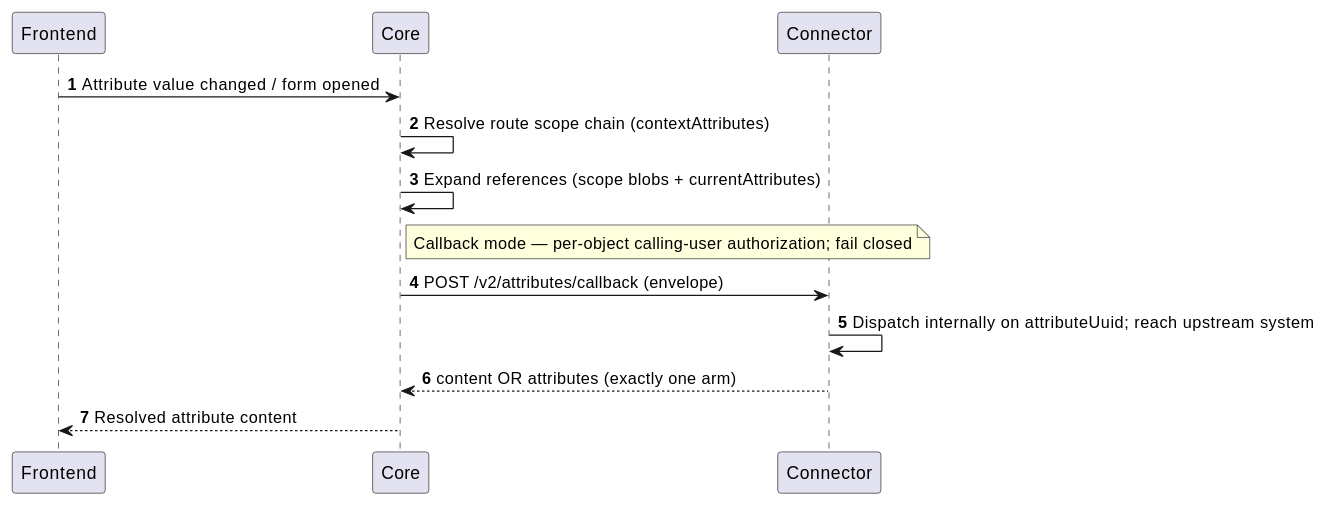
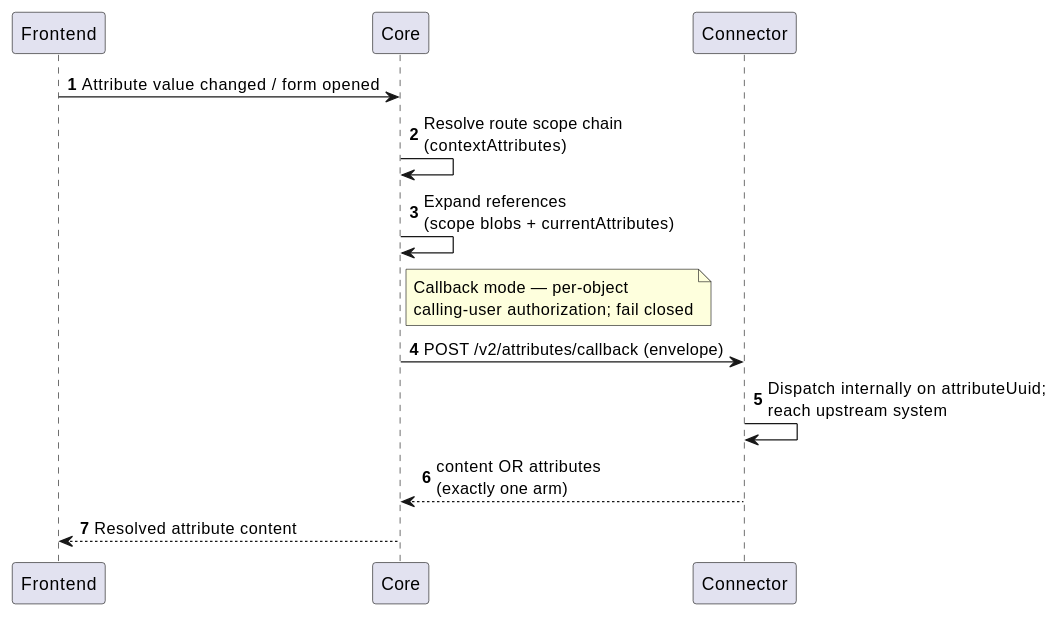
One commit to CZERTAINLY/CZERTAINLY-Documentation changed the second of 3 diagrams in docs/contributors/attributes/callbacks.mdx. Above: the diagram before and after it, drawn with PlantUML. The commit also changed other lines of this file and 49 other files, not shown here.

````diff
--- a/docs/contributors/attributes/callbacks.mdx
+++ b/docs/contributors/attributes/callbacks.mdx
@@ -730,13 +733,13 @@
 ```plantuml
 @startuml
 autonumber
     Frontend -> Core : Attribute value changed / form opened
-    Core -> Core : Resolve route scope chain (contextAttributes)
-    Core -> Core : Expand references (scope blobs + currentAttributes)
-    note right of Core: Callback mode — per-object calling-user authorization; fail closed
+    Core -> Core : Resolve route scope chain\n(contextAttributes)
+    Core -> Core : Expand references\n(scope blobs + currentAttributes)
+    note right of Core: Callback mode — per-object\ncalling-user authorization; fail closed
     Core -> Connector : POST /v2/attributes/callback (envelope)
-    Connector -> Connector : Dispatch internally on attributeUuid; reach upstream system
-    Connector --> Core : content OR attributes (exactly one arm)
+    Connector -> Connector : Dispatch internally on attributeUuid;\nreach upstream system
+    Connector --> Core : content OR attributes\n(exactly one arm)
     Core --> Frontend : Resolved attribute content
 @enduml
 ```
````
